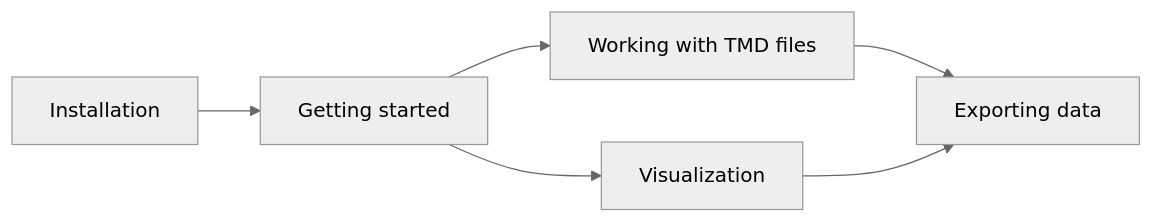
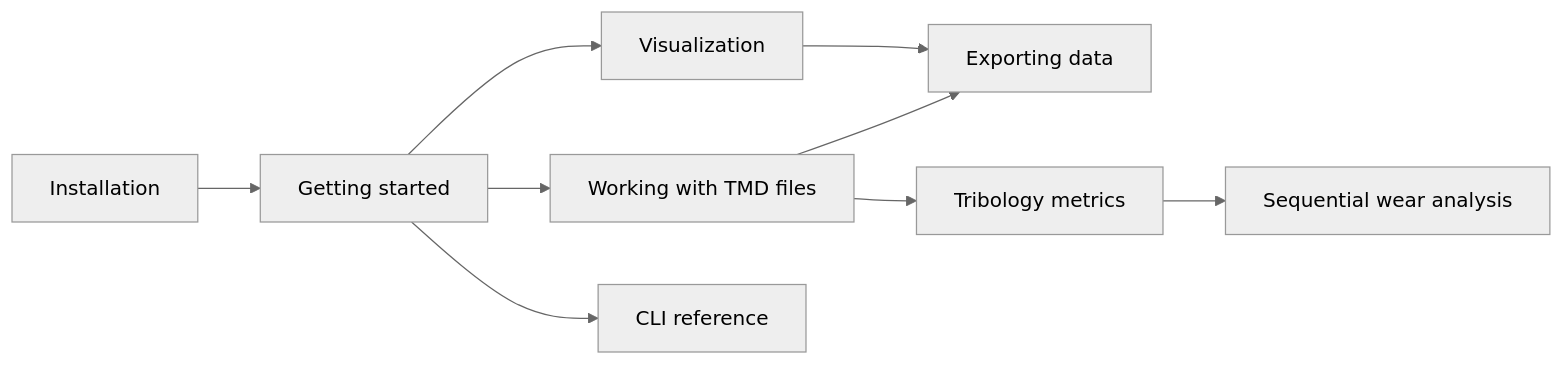
Before and after one commit to ETSim/TrueMapData: the first of 2 diagrams in docs/index.md, drawn with Mermaid (neutral theme). The commit also changed other lines of this file and 87 other files, not shown here.

Commit message:
- Enhanced the CLI with a new `tmd-wear` command for wear analysis. - Improved the example generation script to create small synthetic TMD files for local development.

````diff
--- a/docs/index.md
+++ b/docs/index.md
@@ -17,8 +11,11 @@
 ```mermaid
 graph LR
     Install[Installation] --> Start[Getting started]
     Start --> TMDfiles[Working with TMD files]
     Start --> Viz[Visualization]
     TMDfiles --> Export[Exporting data]
     Viz --> Export
+    TMDfiles --> Tribo[Tribology metrics]
+    Tribo --> WearSeq[Sequential wear analysis]
+    Start --> CLI[CLI reference]
 ```
````
